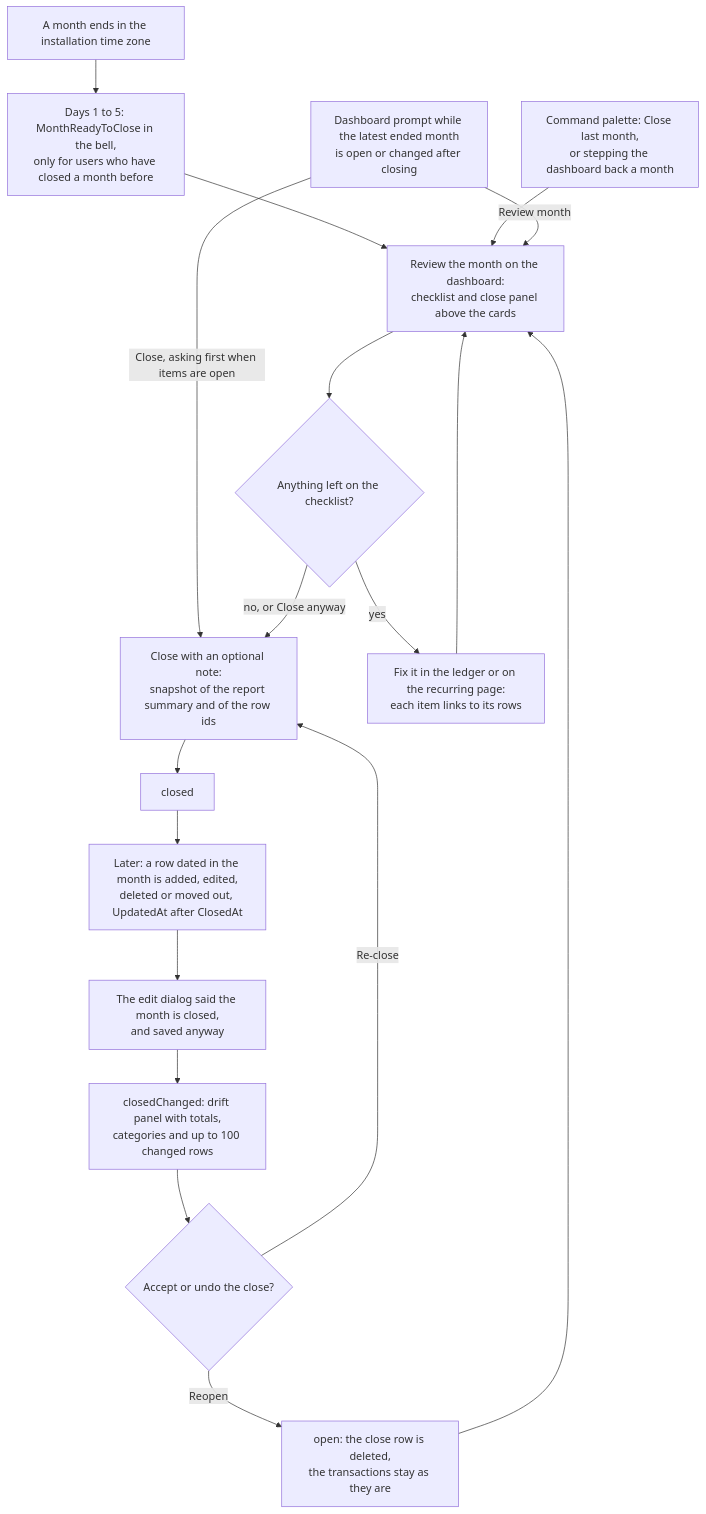
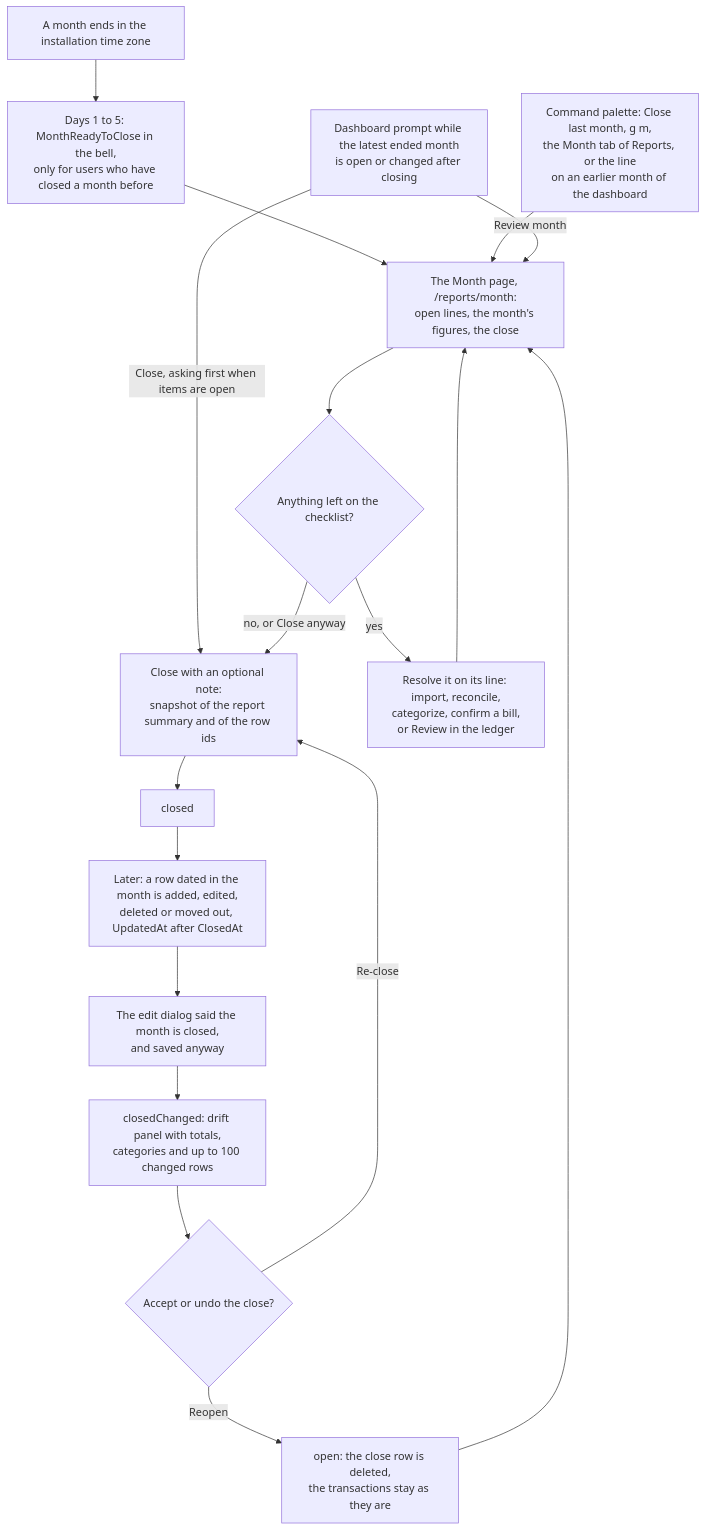
Before and after one commit to Justxs/Jx-Finance: the first of 2 diagrams in docs/features/month-end-close.md, drawn with Mermaid. The commit also changed other lines of this file and 154 other files, not shown here.

First line of the commit message:
feat: add month reports route and update localization for month close features

````diff
--- a/docs/features/month-end-close.md
+++ b/docs/features/month-end-close.md
@@ -11,20 +11,20 @@
 ```mermaid
 flowchart TD
     Ended["A month ends in the installation time zone"] --> Remind["Days 1 to 5: MonthReadyToClose in the bell,<br/>only for users who have closed a month before"]
     Remind --> Review
-    Palette["Command palette: Close last month,<br/>or stepping the dashboard back a month"] --> Review
+    Palette["Command palette: Close last month, g m,<br/>the Month tab of Reports, or the line<br/>on an earlier month of the dashboard"] --> Review
     Prompt["Dashboard prompt while the latest ended month<br/>is open or changed after closing"] -->|"Review month"| Review
     Prompt -->|"Close, asking first when items are open"| Close
-    Review["Review the month on the dashboard:<br/>checklist and close panel above the cards"] --> Items{"Anything left on the checklist?"}
-    Items -->|"yes"| Fix["Fix it in the ledger or on the recurring page:<br/>each item links to its rows"]
+    Review["The Month page, /reports/month:<br/>open lines, the month's figures, the close"] --> Items{"Anything left on the checklist?"}
+    Items -->|"yes"| Fix["Resolve it on its line: import, reconcile,<br/>categorize, confirm a bill,<br/>or Review in the ledger"]
     Fix --> Review
     Items -->|"no, or Close anyway"| Close["Close with an optional note:<br/>snapshot of the report summary and of the row ids"]
     Close --> Closed["closed"]
     Closed --> Edit["Later: a row dated in the month is added, edited,<br/>deleted or moved out, UpdatedAt after ClosedAt"]
     Edit --> Hint["The edit dialog said the month is closed,<br/>and saved anyway"]
     Hint --> Changed["closedChanged: drift panel with totals,<br/>categories and up to 100 changed rows"]
     Changed --> Choice{"Accept or undo the close?"}
     Choice -->|"Re-close"| Close
     Choice -->|"Reopen"| Open["open: the close row is deleted,<br/>the transactions stay as they are"]
     Open --> Review
 ```
````
